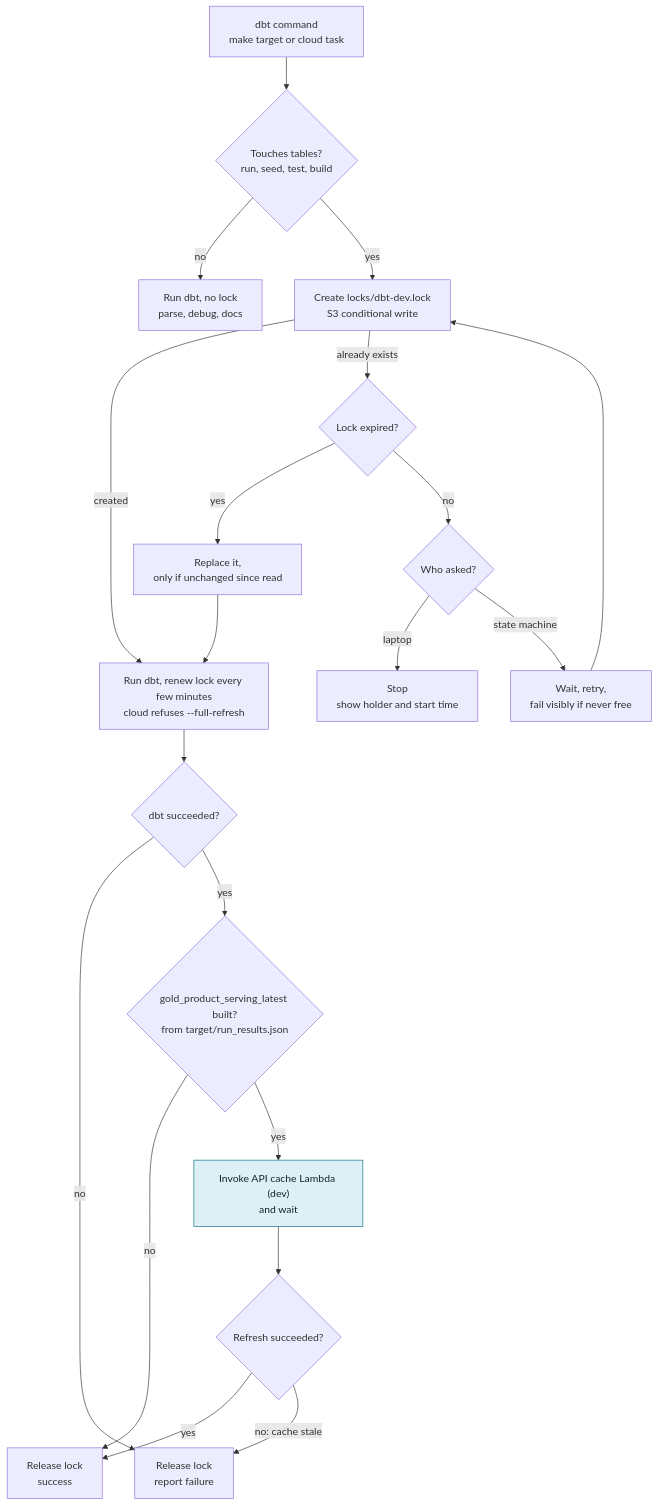
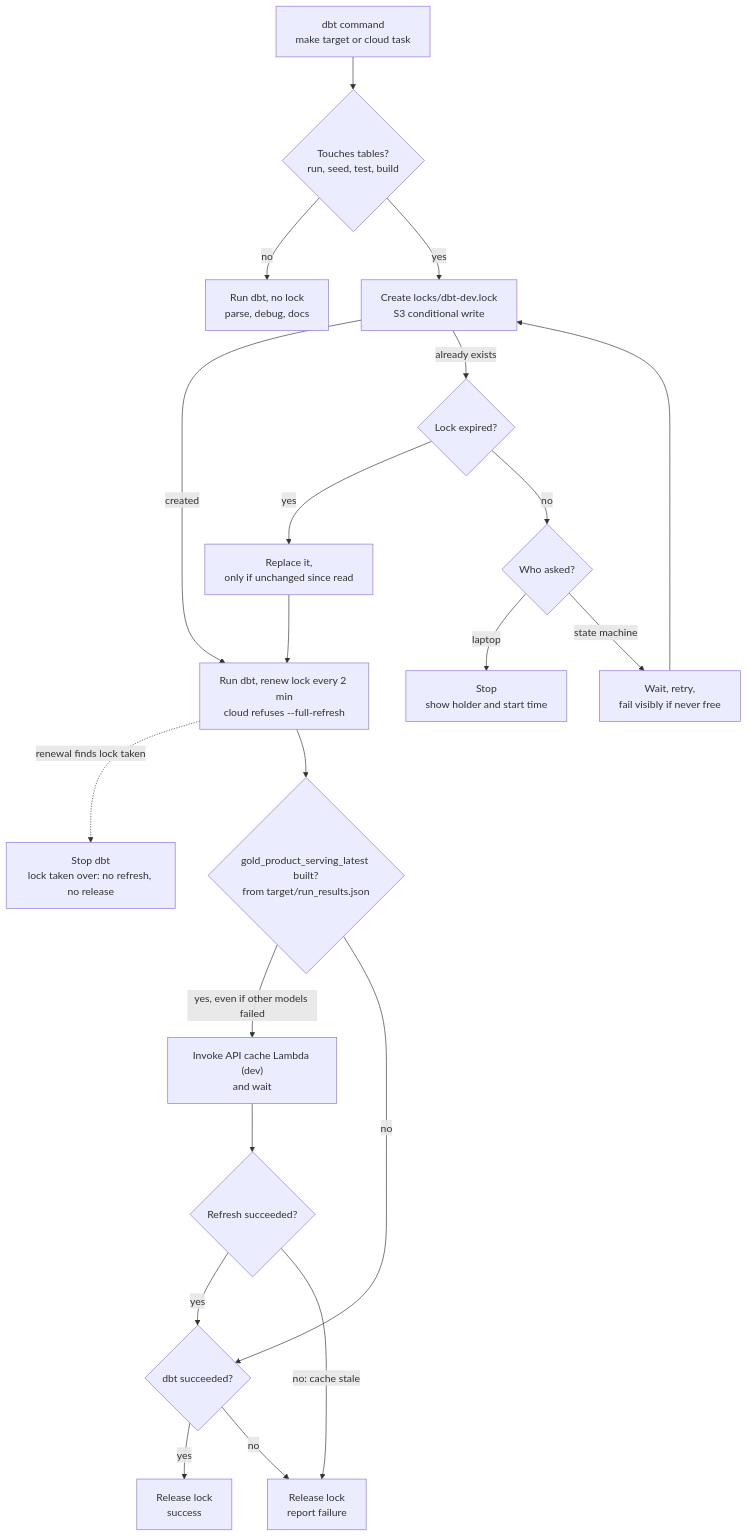
One commit to tareklel/ecommerce-scraper changed the second of 3 diagrams in docs/cicd_architecture.md. Above: the diagram before and after it, drawn with Mermaid. The commit also changed other lines of this file and 2 other files, not shown here.

Commit message:
docs: dbt lock built (laptop side); wrapper diagram updated

````diff
--- a/docs/cicd_architecture.md
+++ b/docs/cicd_architecture.md
@@ -112,38 +114,40 @@
 ```mermaid
 flowchart TD
   start["dbt command<br/>make target or cloud task"]
   writes{"Touches tables?<br/>run, seed, test, build"}
   direct["Run dbt, no lock<br/>parse, debug, docs"]
   take["Create locks/dbt-dev.lock<br/>S3 conditional write"]
   expired{"Lock expired?"}
   takeover["Replace it,<br/>only if unchanged since read"]
   caller{"Who asked?"}
   refuse["Stop<br/>show holder and start time"]
   retry["Wait, retry,<br/>fail visibly if never free"]
-  run["Run dbt, renew lock every few minutes<br/>cloud refuses --full-refresh"]
+  run["Run dbt, renew lock every 2 min<br/>cloud refuses --full-refresh"]
+  lost["Stop dbt<br/>lock taken over: no refresh, no release"]
+  gold{"gold_product_serving_latest built?<br/>from target/run_results.json"}
+  cache["Invoke API cache Lambda (dev)<br/>and wait"]
+  cacheok{"Refresh succeeded?"}
   ok{"dbt succeeded?"}
-  gold{"gold_product_serving_latest built?<br/>from target/run_results.json"}
-  cache["Invoke API cache Lambda (dev)<br/>and wait"]:::planned
-  cacheok{"Refresh succeeded?"}
   done["Release lock<br/>success"]
   failed["Release lock<br/>report failure"]
 
   start --> writes
   writes -->|no| direct
   writes -->|yes| take
   take -->|created| run
   take -->|already exists| expired
   expired -->|yes| takeover --> run
   expired -->|no| caller
   caller -->|laptop| refuse
   caller -->|state machine| retry --> take
-  run --> ok
+  run -.->|"renewal finds lock taken"| lost
+  run --> gold
+  gold -->|"yes, even if other models failed"| cache --> cacheok
+  gold -->|no| ok
+  cacheok -->|yes| ok
+  cacheok -->|"no: cache stale"| failed
+  ok -->|yes| done
   ok -->|no| failed
-  ok -->|yes| gold
-  gold -->|no| done
-  gold -->|yes| cache --> cacheok
-  cacheok -->|yes| done
-  cacheok -->|"no: cache stale"| failed
 
   classDef planned fill:#ddf0f5,stroke:#0b6f8a,color:#16232d
 ```
````
